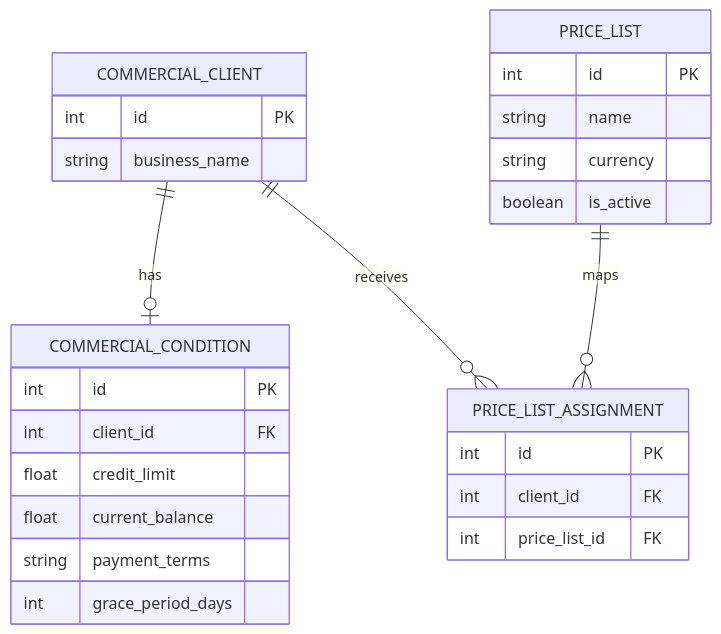
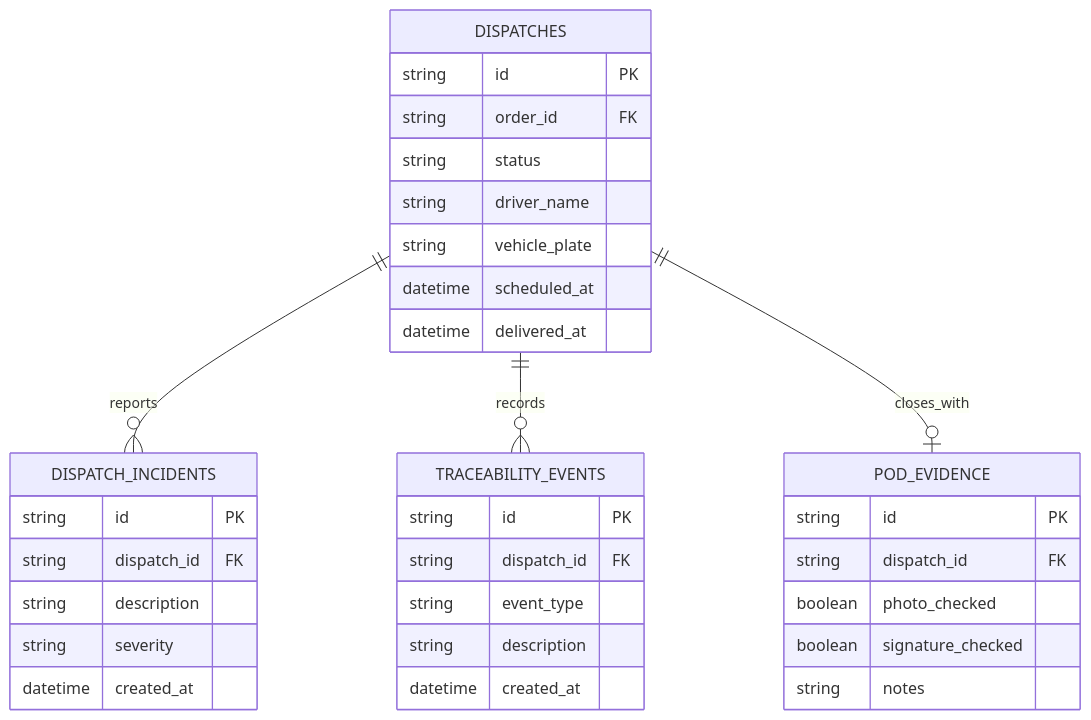
One commit to upc-pre-202610-1asi0730-12242-king/nexa-ecosystem-report changed the fifth of 7 diagrams in report/40-chapter-4-product-design/4-8-database-design.md. Above: the diagram before and after it, drawn with Mermaid. The commit also changed other lines of this file and 71 other files, not shown here.

````diff
--- a/report/40-chapter-4-product-design/4-8-database-design.md
+++ b/report/40-chapter-4-product-design/4-8-database-design.md
@@ -193,30 +171,36 @@
 ```mermaid
 erDiagram
-    COMMERCIAL_CLIENT {
-        int id PK
-        string business_name
+    DISPATCHES {
+        string id PK
+        string order_id FK
+        string status
+        string driver_name
+        string vehicle_plate
+        datetime scheduled_at
+        datetime delivered_at
     }
-    COMMERCIAL_CONDITION {
-        int id PK
-        int client_id FK
-        float credit_limit
-        float current_balance
-        string payment_terms
-        int grace_period_days
+    DISPATCH_INCIDENTS {
+        string id PK
+        string dispatch_id FK
+        string description
+        string severity
+        datetime created_at
     }
-    PRICE_LIST {
-        int id PK
-        string name
-        string currency
-        boolean is_active
+    TRACEABILITY_EVENTS {
+        string id PK
+        string dispatch_id FK
+        string event_type
+        string description
+        datetime created_at
     }
-    PRICE_LIST_ASSIGNMENT {
-        int id PK
-        int client_id FK
-        int price_list_id FK
+    POD_EVIDENCE {
+        string id PK
+        string dispatch_id FK
+        boolean photo_checked
+        boolean signature_checked
+        string notes
     }
-
-    COMMERCIAL_CLIENT ||--o| COMMERCIAL_CONDITION : has
-    COMMERCIAL_CLIENT ||--o{ PRICE_LIST_ASSIGNMENT : receives
-    PRICE_LIST ||--o{ PRICE_LIST_ASSIGNMENT : maps
+    DISPATCHES ||--o{ DISPATCH_INCIDENTS : reports
+    DISPATCHES ||--o{ TRACEABILITY_EVENTS : records
+    DISPATCHES ||--o| POD_EVIDENCE : closes_with
 ```
````
